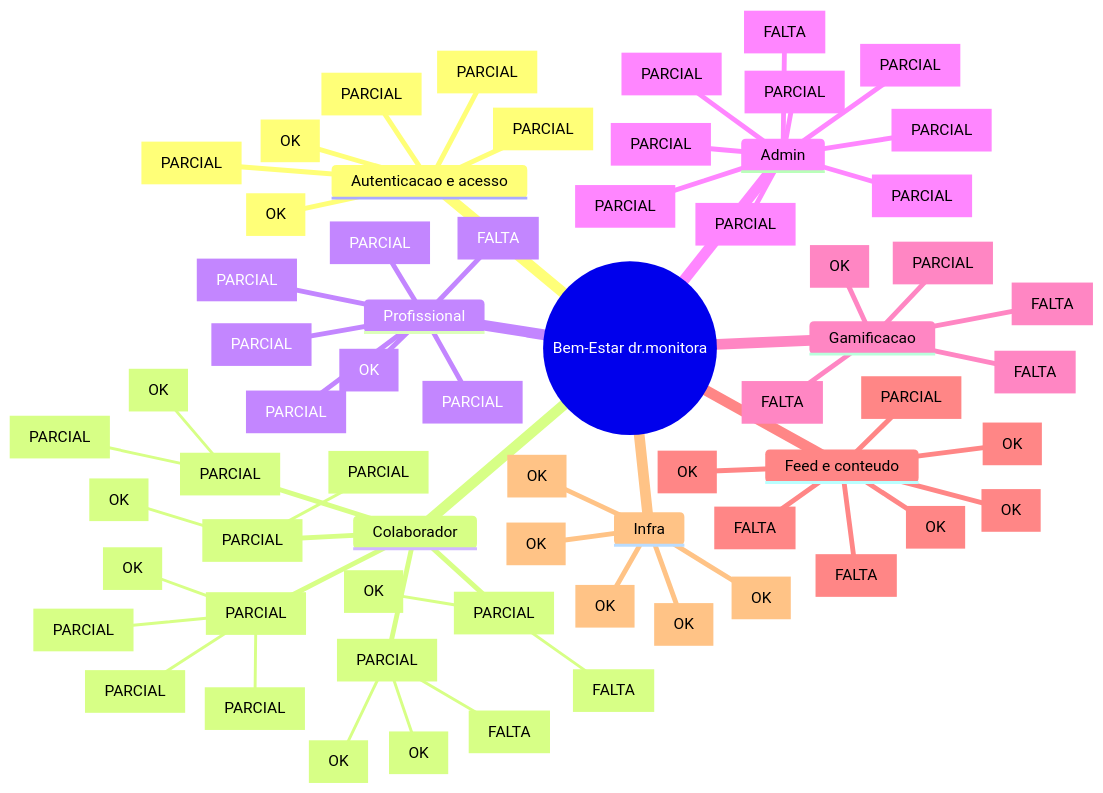
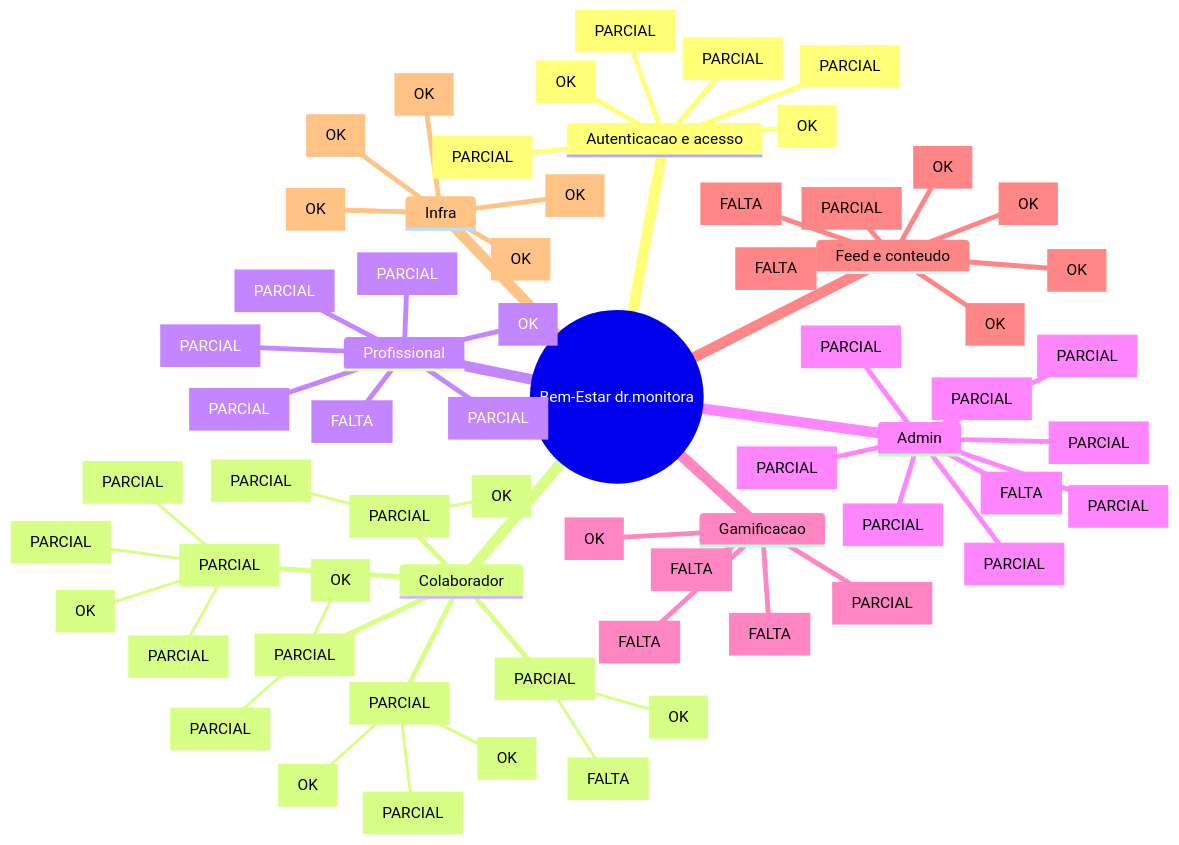
Before and after one commit to felipemaiocch/bem-estar: the diagram in docs/mapa-mental-produto.md, drawn with Mermaid. The commit also changed other lines of this file and 19 other files, not shown here.

````diff
--- a/docs/mapa-mental-produto.md
+++ b/docs/mapa-mental-produto.md
@@ -22,68 +22,68 @@
 ```mermaid
 mindmap
   root((Bem-Estar dr.monitora))
     Autenticacao e acesso
       Login email e senha [OK]
       Cadastro publico [PARCIAL]
       RBAC por papel [OK]
       Aprovacao de cadastro [PARCIAL]
       Grupos e turmas [PARCIAL]
       Primeiro aceite [PARCIAL]
     Colaborador
       Home [PARCIAL]
         Proxima sessao [OK]
         Check-in rapido [PARCIAL]
         Feed [PARCIAL]
         Ranking rapido [PARCIAL]
       Agenda [PARCIAL]
         Reserva real [OK]
         Lista de espera [OK]
-        Turmas fechadas [FALTA]
+        Turmas fechadas [PARCIAL]
       Progresso [PARCIAL]
         Historico bem-estar [OK]
         Streak real [FALTA]
       Ranking [PARCIAL]
         Score global [OK]
         Privacidade ranking [PARCIAL]
       Perfil [PARCIAL]
         Registros profissionais [OK]
         Termos e consentimentos [PARCIAL]
     Profissional
       Dashboard [PARCIAL]
       Agenda [PARCIAL]
       Registro atendimento [OK]
       Historico paciente [PARCIAL]
       Feed profissional [PARCIAL]
       Comunicacao interna [PARCIAL]
       Avaliacoes [FALTA]
     Admin
       Dashboard [PARCIAL]
       Usuarios [PARCIAL]
       Profissionais [PARCIAL]
       Eventos [PARCIAL]
       Gamificacao [PARCIAL]
       Moderacao [PARCIAL]
       Conteudos [PARCIAL]
       Relatorios [FALTA]
       Compliance [PARCIAL]
     Gamificacao
       Score atual [OK]
       Regras admin [PARCIAL]
       Pontos separados de moedas [FALTA]
       Ledger de transacoes [FALTA]
       Check-in e streak [FALTA]
     Feed e conteudo
       Posts [OK]
       Curtidas [OK]
       Comentarios [OK]
       Chave para bloquear postagem [OK]
       Fila aprovacao [FALTA]
       Blog dicas especialistas [FALTA]
       Links e embeds [PARCIAL]
     Infra
       Next.js 16 App Router [OK]
       Prisma e Neon [OK]
       Vercel [OK]
       PWA manifest [OK]
       GitHub remoto [OK]
 ```
````
